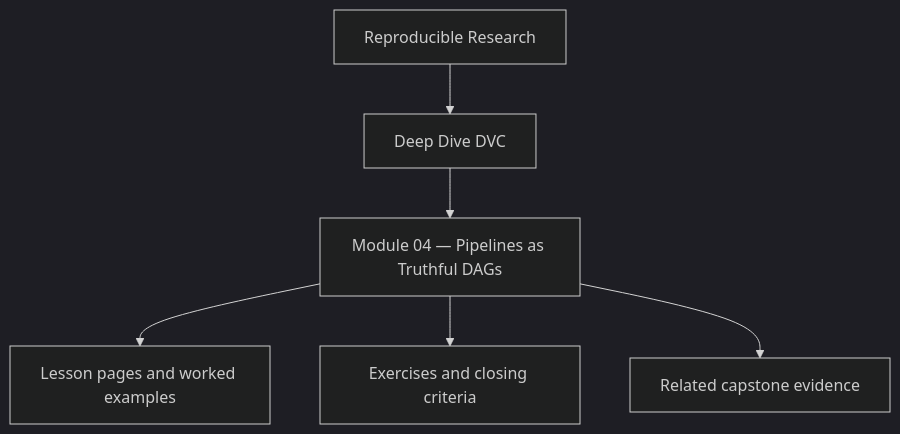
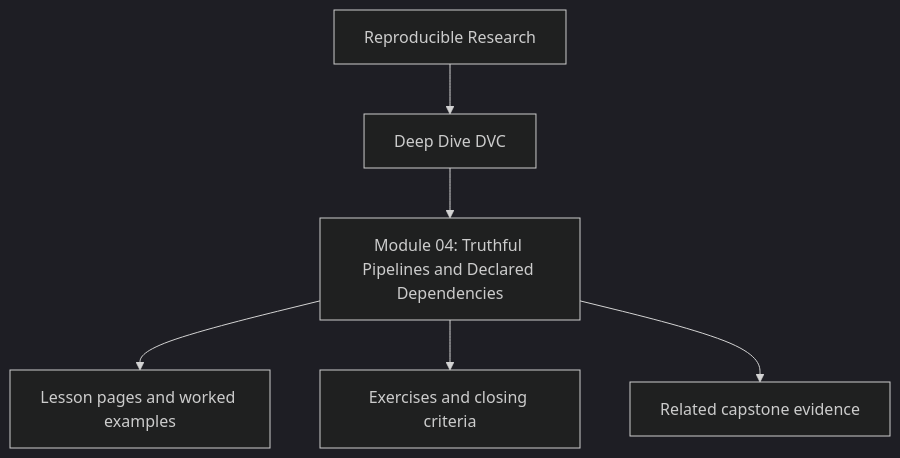
One commit to bijux/bijux-masterclass changed the first of 4 diagrams in programs/reproducible-research/deep-dive-dvc/course-book/module-04-pipelines-as-truthful-dags/index.md. Above: the diagram before and after it, drawn with Mermaid (dark theme). The commit also changed other lines of this file and 241 other files, not shown here.

````diff
--- a/programs/reproducible-research/deep-dive-dvc/course-book/module-04-pipelines-as-truthful-dags/index.md
+++ b/programs/reproducible-research/deep-dive-dvc/course-book/module-04-pipelines-as-truthful-dags/index.md
@@ -7,8 +7,8 @@
 ```mermaid
 flowchart TD
   family["Reproducible Research"] --> program["Deep Dive DVC"]
-  program --> module["Module 04 — Pipelines as Truthful DAGs"]
+  program --> module["Module 04: Truthful Pipelines and Declared Dependencies"]
   module --> lessons["Lesson pages and worked examples"]
   module --> checkpoints["Exercises and closing criteria"]
   module --> capstone["Related capstone evidence"]
 ```
````
